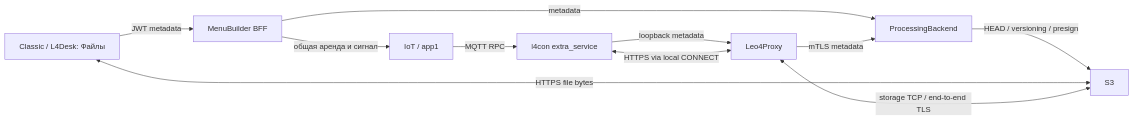
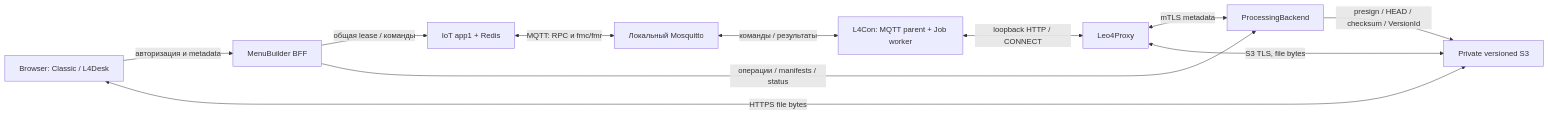
The diagram in docs/etran_arch-file-manager-remote-windows.md (OlegLebedevRU/etranprocessing), drawn with Mermaid before and after one commit. The commit also changed other lines of this file and 8 other files, not shown here.

Commit message:
docs: finalize released L4FM v2 architecture and roadmap

````diff
--- a/docs/etran_arch-file-manager-remote-windows.md
+++ b/docs/etran_arch-file-manager-remote-windows.md
@@ -38,13 +30,13 @@
 ```mermaid
 flowchart LR
-  UI[Classic / L4Desk: Файлы] -->|JWT metadata| MB[MenuBuilder BFF]
-  MB -->|общая аренда и сигнал| IOT[IoT / app1]
-  IOT -->|MQTT RPC| A[l4con extra_service]
-  MB -->|metadata| PB[ProcessingBackend]
-  A -->|loopback metadata| LP[Leo4Proxy]
-  LP -->|mTLS metadata| PB
-  PB -->|HEAD / versioning / presign| S3[S3]
+  UI[Browser: Classic / L4Desk] -->|авторизация и metadata| MB[MenuBuilder BFF]
+  MB -->|общая lease / команды| IOT[IoT app1 + Redis]
+  MB -->|операции / manifests / status| PB[ProcessingBackend]
+  IOT <-->|MQTT: RPC и fmc/fmr| M[Локальный Mosquitto]
+  M <-->|команды / результаты| CON[L4Con: MQTT parent + Job worker]
+  CON <-->|loopback HTTP / CONNECT| LP[Leo4Proxy]
+  LP <-->|mTLS metadata| PB
+  LP <-->|S3 TLS, file bytes| S3[Private versioned S3]
   UI <-->|HTTPS file bytes| S3
-  A <-->|HTTPS via local CONNECT| LP
-  LP <-->|storage TCP / end-to-end TLS| S3
+  PB -->|presign / HEAD / checksum / VersionId| S3
 ```
````
